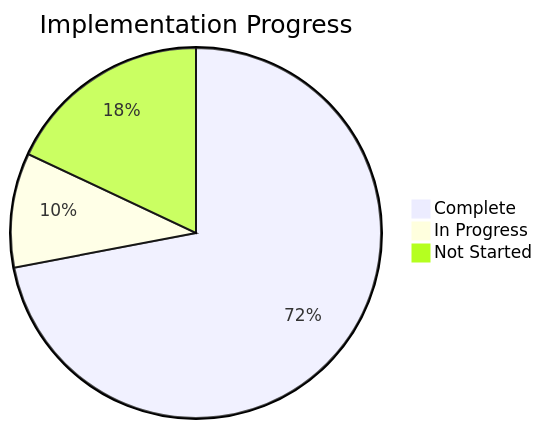
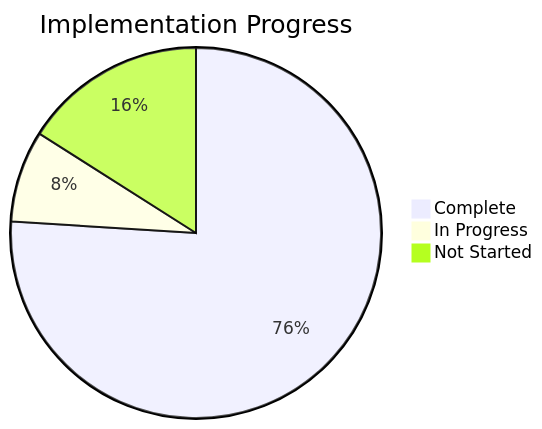
Before and after one commit to amo-tech-ai/mdeai: the first of 5 diagrams in docs/tasks/00-progress-tracker.md, drawn with Mermaid. The commit also changed other lines of this file and 1 other file, not shown here.

````diff
--- a/docs/tasks/00-progress-tracker.md
+++ b/docs/tasks/00-progress-tracker.md
@@ -9,6 +9,6 @@
 ```mermaid
 pie title Implementation Progress
-    "Complete" : 72
-    "In Progress" : 10
-    "Not Started" : 18
+    "Complete" : 76
+    "In Progress" : 8
+    "Not Started" : 16
 ```
````
